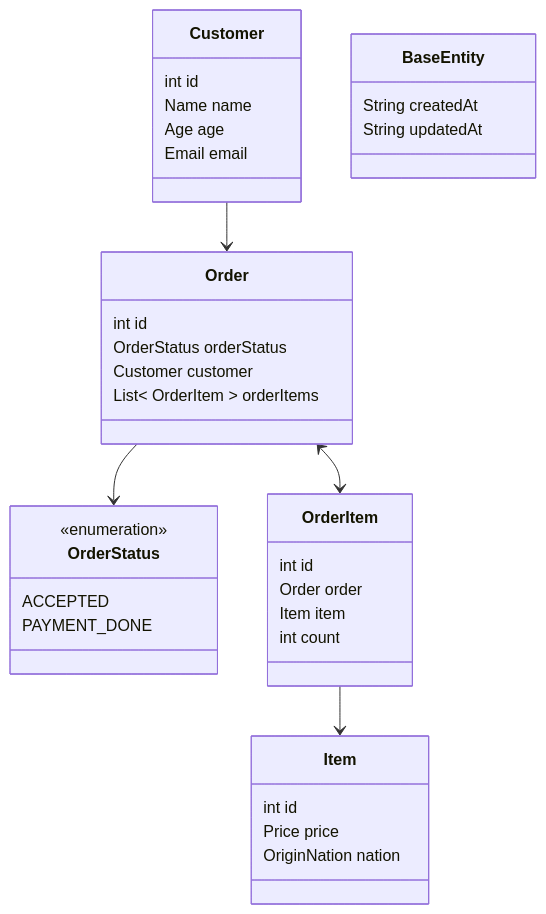
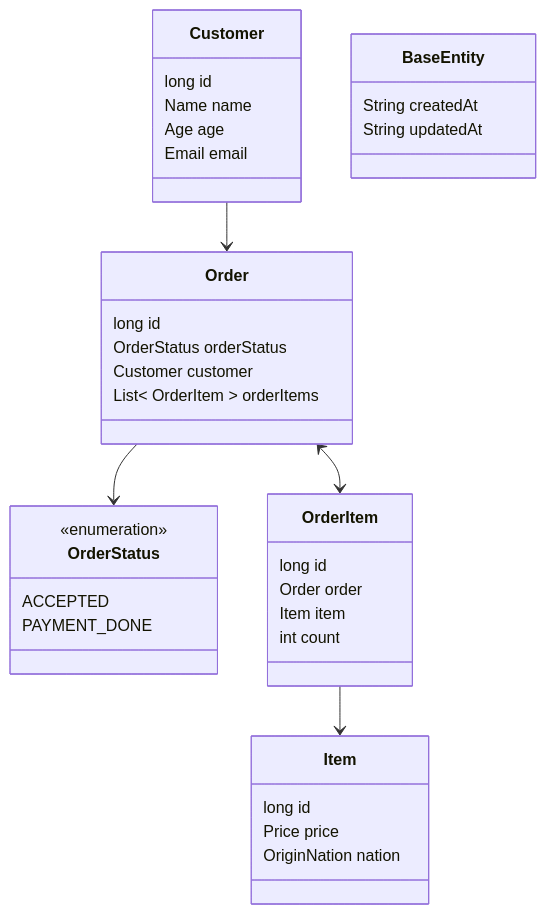
One commit to prgrms-be-devcourse/springboot-jpa changed the diagram in mission3.mermaid. Above: the diagram before and after it, drawn with Mermaid. The commit also changed 17 other files, not shown here.

```diff
--- a/mission3.mermaid
+++ b/mission3.mermaid
@@ -1,47 +1,47 @@
 classDiagram
 %%    Order : OrderItem = 일대다
 %%    OrderItem : Item = 일대다//다대일ㄹㅣ
 %%    Customer : Order = 일대다
 %%    Order - OrderItem - Item
 
     class Customer {
-        int id
+        long id
         Name name
         Age age
         Email email
     }
     Customer --> Order
 
     class Order {
-        int id
+        long id
         OrderStatus orderStatus
         Customer customer
         List< OrderItem > orderItems
     }
 
     class OrderStatus {
         <<enumeration>>
         ACCEPTED
         PAYMENT_DONE
     }
     Order --> OrderStatus
 
     class OrderItem {
-        int id
+        long id
         Order order
         Item item
         int count
     }
     Order <--> OrderItem
 
     class Item {
-        int id
+        long id
         Price price
         OriginNation nation
     }
     OrderItem --> Item
 
     class BaseEntity {
         String createdAt
         String updatedAt
     }
```
